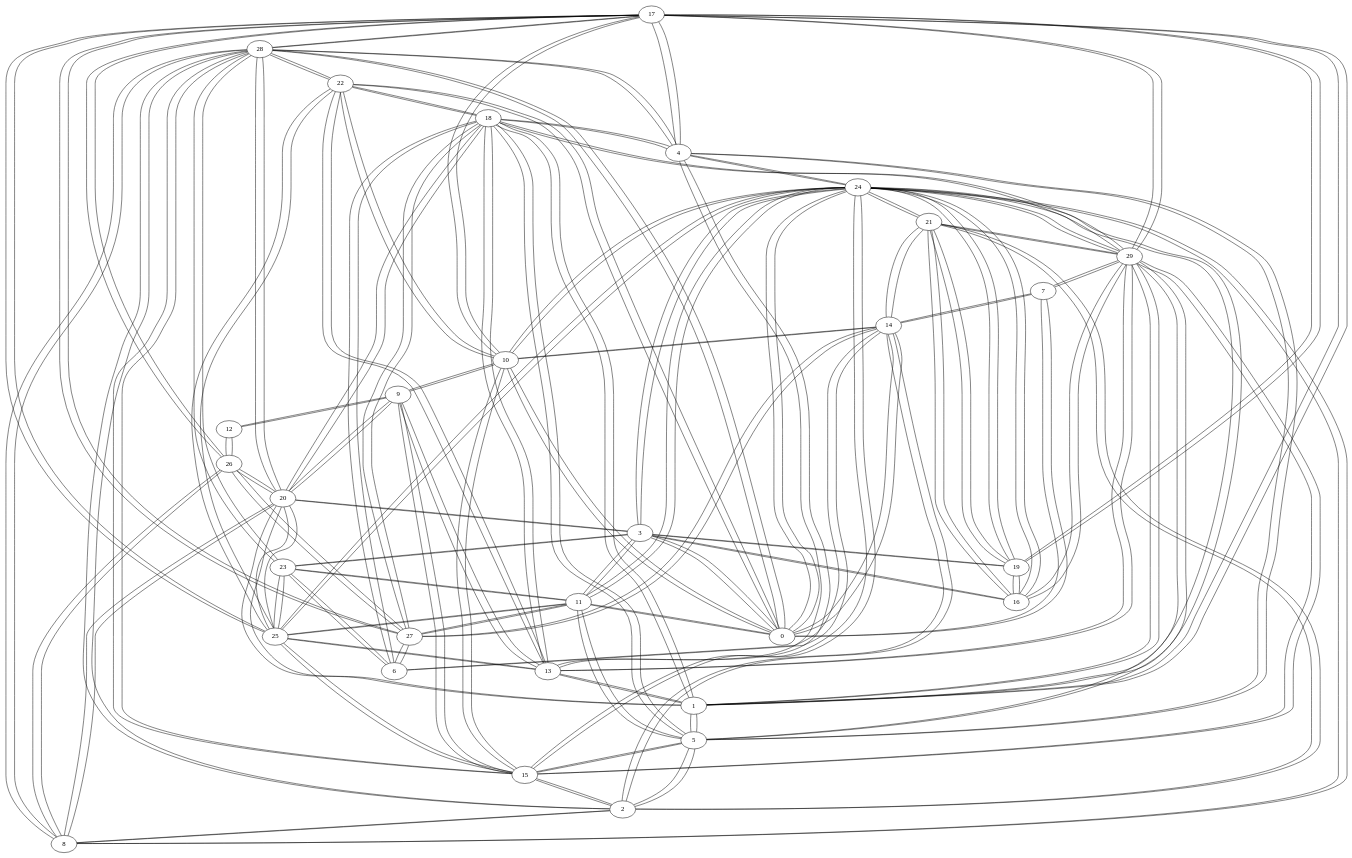
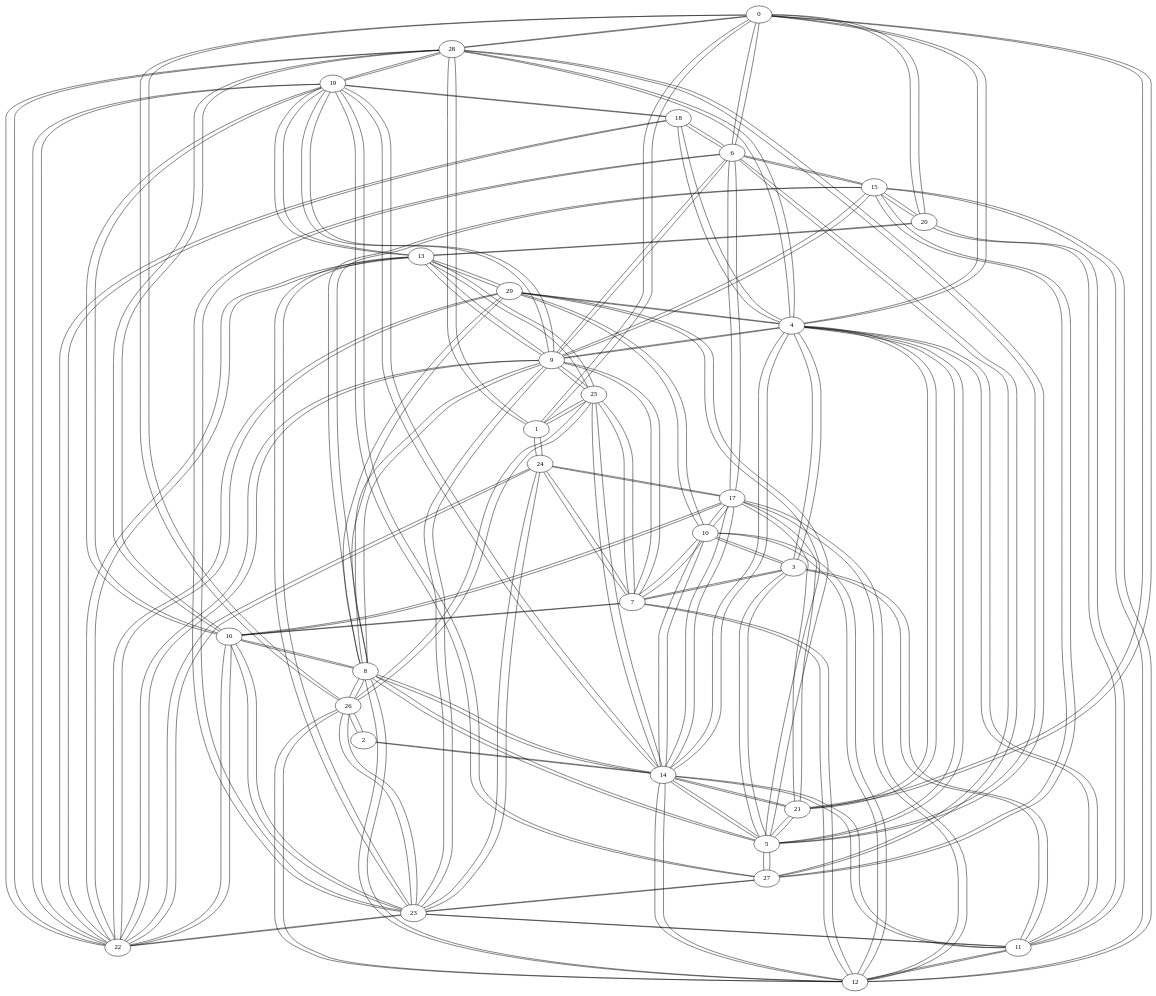
One commit to GusRojas/Grafos2DAA_A24 changed the diagram in grafo_erdos30.gv. Above: the diagram before and after it, drawn with Graphviz. The commit also changed 12 other files, not shown here.

```diff
--- a/grafo_erdos30.gv
+++ b/grafo_erdos30.gv
@@ -1,202 +1,202 @@
 graph {
-  17 -- 28;
-  17 -- 4;
-  17 -- 25;
-  17 -- 26;
-  17 -- 10;
-  17 -- 27;
-  17 -- 29;
-  17 -- 19;
-  17 -- 1;
-  28 -- 17;
-  28 -- 23;
+  0 -- 28;
+  0 -- 20;
+  0 -- 6;
+  0 -- 1;
+  0 -- 26;
+  0 -- 21;
+  0 -- 4;
   28 -- 0;
-  28 -- 8;
-  28 -- 20;
-  28 -- 2;
-  28 -- 15;
+  28 -- 16;
+  28 -- 5;
   28 -- 4;
   28 -- 22;
-  13 -- 18;
+  28 -- 1;
+  28 -- 19;
+  11 -- 23;
+  11 -- 3;
+  11 -- 14;
+  11 -- 12;
+  11 -- 4;
+  11 -- 20;
+  23 -- 11;
+  23 -- 22;
+  23 -- 24;
+  23 -- 9;
+  23 -- 6;
+  23 -- 16;
+  23 -- 13;
+  23 -- 26;
+  23 -- 27;
+  16 -- 28;
+  16 -- 8;
+  16 -- 7;
+  16 -- 17;
+  16 -- 23;
+  16 -- 19;
+  16 -- 22;
+  14 -- 19;
+  14 -- 4;
+  14 -- 21;
+  14 -- 10;
+  14 -- 2;
+  14 -- 5;
+  14 -- 17;
+  14 -- 11;
+  14 -- 25;
+  14 -- 12;
+  14 -- 8;
+  19 -- 14;
+  19 -- 22;
+  19 -- 18;
+  19 -- 9;
+  19 -- 27;
+  19 -- 13;
+  19 -- 16;
+  19 -- 28;
+  5 -- 28;
+  5 -- 8;
+  5 -- 14;
+  5 -- 21;
+  5 -- 27;
+  5 -- 4;
+  5 -- 3;
+  5 -- 29;
+  6 -- 17;
+  6 -- 18;
+  6 -- 0;
+  6 -- 9;
+  6 -- 23;
+  6 -- 27;
+  6 -- 15;
+  17 -- 6;
+  17 -- 10;
+  17 -- 14;
+  17 -- 21;
+  17 -- 16;
+  17 -- 12;
+  17 -- 24;
+  1 -- 24;
+  1 -- 25;
+  1 -- 28;
+  1 -- 0;
+  24 -- 1;
+  24 -- 23;
+  24 -- 7;
+  24 -- 22;
+  24 -- 17;
+  9 -- 15;
+  9 -- 4;
+  9 -- 13;
+  9 -- 23;
+  9 -- 7;
+  9 -- 6;
+  9 -- 25;
+  9 -- 19;
+  9 -- 22;
+  9 -- 8;
+  15 -- 9;
+  15 -- 27;
+  15 -- 8;
+  15 -- 6;
+  15 -- 20;
+  15 -- 12;
+  4 -- 14;
+  4 -- 29;
+  4 -- 18;
+  4 -- 9;
+  4 -- 28;
+  4 -- 21;
+  4 -- 5;
+  4 -- 11;
+  4 -- 3;
+  4 -- 0;
+  21 -- 14;
+  21 -- 5;
+  21 -- 4;
+  21 -- 17;
+  21 -- 0;
+  8 -- 12;
+  8 -- 26;
+  8 -- 5;
+  8 -- 16;
+  8 -- 29;
+  8 -- 14;
+  8 -- 15;
+  8 -- 9;
+  12 -- 8;
+  12 -- 11;
+  12 -- 14;
+  12 -- 17;
+  12 -- 7;
+  12 -- 15;
+  12 -- 26;
+  12 -- 10;
+  29 -- 4;
+  29 -- 10;
+  29 -- 8;
+  29 -- 13;
+  29 -- 22;
+  29 -- 5;
+  22 -- 23;
+  22 -- 19;
+  22 -- 18;
+  22 -- 28;
+  22 -- 13;
+  22 -- 9;
+  22 -- 24;
+  22 -- 29;
+  22 -- 16;
+  26 -- 8;
+  26 -- 25;
+  26 -- 0;
+  26 -- 2;
+  26 -- 23;
+  26 -- 12;
+  18 -- 4;
+  18 -- 6;
+  18 -- 22;
+  18 -- 19;
+  10 -- 17;
+  10 -- 14;
+  10 -- 29;
+  10 -- 7;
+  10 -- 3;
+  10 -- 12;
+  2 -- 14;
+  2 -- 26;
+  25 -- 26;
+  25 -- 1;
+  25 -- 14;
+  25 -- 9;
+  25 -- 7;
+  25 -- 13;
+  20 -- 0;
+  20 -- 13;
+  20 -- 15;
+  20 -- 11;
+  7 -- 24;
+  7 -- 9;
+  7 -- 16;
+  7 -- 10;
+  7 -- 25;
+  7 -- 3;
+  7 -- 12;
+  3 -- 11;
+  3 -- 5;
+  3 -- 10;
+  3 -- 4;
+  3 -- 7;
+  13 -- 9;
+  13 -- 22;
+  13 -- 20;
   13 -- 29;
-  13 -- 9;
-  13 -- 4;
   13 -- 25;
-  13 -- 22;
-  13 -- 1;
-  18 -- 13;
-  18 -- 27;
-  18 -- 20;
-  18 -- 22;
-  18 -- 29;
-  18 -- 1;
-  18 -- 6;
-  18 -- 5;
-  18 -- 4;
-  23 -- 28;
-  23 -- 6;
-  23 -- 3;
-  23 -- 25;
-  23 -- 11;
-  5 -- 29;
-  5 -- 15;
-  5 -- 2;
-  5 -- 18;
-  5 -- 1;
-  5 -- 4;
-  5 -- 11;
-  29 -- 5;
-  29 -- 13;
-  29 -- 16;
-  29 -- 15;
-  29 -- 18;
-  29 -- 1;
-  29 -- 24;
-  29 -- 17;
-  29 -- 21;
-  29 -- 7;
-  15 -- 5;
-  15 -- 9;
-  15 -- 24;
-  15 -- 29;
-  15 -- 10;
-  15 -- 2;
-  15 -- 28;
-  15 -- 25;
-  6 -- 23;
-  6 -- 14;
-  6 -- 18;
-  6 -- 27;
-  9 -- 15;
-  9 -- 13;
-  9 -- 12;
-  9 -- 10;
-  9 -- 20;
-  8 -- 20;
-  8 -- 26;
-  8 -- 28;
-  8 -- 2;
-  8 -- 24;
-  20 -- 8;
-  20 -- 18;
-  20 -- 26;
-  20 -- 28;
-  20 -- 25;
-  20 -- 1;
-  20 -- 9;
-  20 -- 3;
-  27 -- 18;
-  27 -- 11;
-  27 -- 14;
-  27 -- 26;
-  27 -- 17;
+  13 -- 19;
+  13 -- 23;
+  27 -- 5;
+  27 -- 15;
+  27 -- 19;
   27 -- 6;
-  4 -- 17;
-  4 -- 24;
-  4 -- 13;
-  4 -- 28;
-  4 -- 5;
-  4 -- 18;
-  22 -- 18;
-  22 -- 25;
-  22 -- 13;
-  22 -- 0;
-  22 -- 10;
-  22 -- 28;
-  11 -- 27;
-  11 -- 25;
-  11 -- 3;
-  11 -- 0;
-  11 -- 23;
-  11 -- 5;
-  11 -- 24;
-  24 -- 15;
-  24 -- 19;
-  24 -- 0;
-  24 -- 10;
-  24 -- 4;
-  24 -- 16;
-  24 -- 21;
-  24 -- 25;
-  24 -- 3;
-  24 -- 1;
-  24 -- 29;
-  24 -- 8;
-  24 -- 11;
-  19 -- 24;
-  19 -- 3;
-  19 -- 16;
-  19 -- 21;
-  19 -- 17;
-  16 -- 29;
-  16 -- 21;
-  16 -- 24;
-  16 -- 3;
-  16 -- 19;
-  12 -- 26;
-  12 -- 9;
-  26 -- 12;
-  26 -- 20;
-  26 -- 8;
-  26 -- 27;
-  26 -- 17;
-  0 -- 28;
-  0 -- 24;
-  0 -- 14;
-  0 -- 3;
-  0 -- 22;
-  0 -- 11;
-  0 -- 10;
-  0 -- 7;
-  3 -- 23;
-  3 -- 19;
-  3 -- 11;
-  3 -- 16;
-  3 -- 24;
-  3 -- 0;
-  3 -- 20;
-  2 -- 14;
-  2 -- 5;
-  2 -- 8;
-  2 -- 21;
-  2 -- 28;
-  2 -- 15;
-  14 -- 2;
-  14 -- 10;
-  14 -- 7;
-  14 -- 6;
-  14 -- 27;
-  14 -- 0;
-  14 -- 21;
-  25 -- 23;
-  25 -- 11;
-  25 -- 22;
-  25 -- 17;
-  25 -- 24;
-  25 -- 13;
-  25 -- 20;
-  25 -- 15;
-  1 -- 18;
-  1 -- 24;
-  1 -- 29;
-  1 -- 5;
-  1 -- 20;
-  1 -- 13;
-  1 -- 17;
-  10 -- 14;
-  10 -- 24;
-  10 -- 9;
-  10 -- 15;
-  10 -- 17;
-  10 -- 22;
-  10 -- 0;
-  21 -- 16;
-  21 -- 24;
-  21 -- 2;
-  21 -- 19;
-  21 -- 14;
-  21 -- 29;
-  7 -- 14;
-  7 -- 0;
-  7 -- 29;
+  27 -- 23;
 }
```
